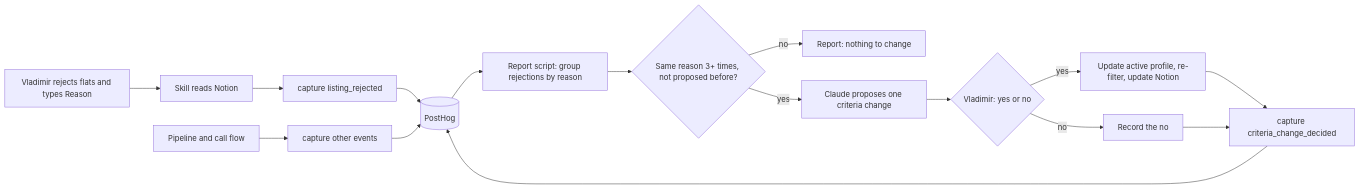
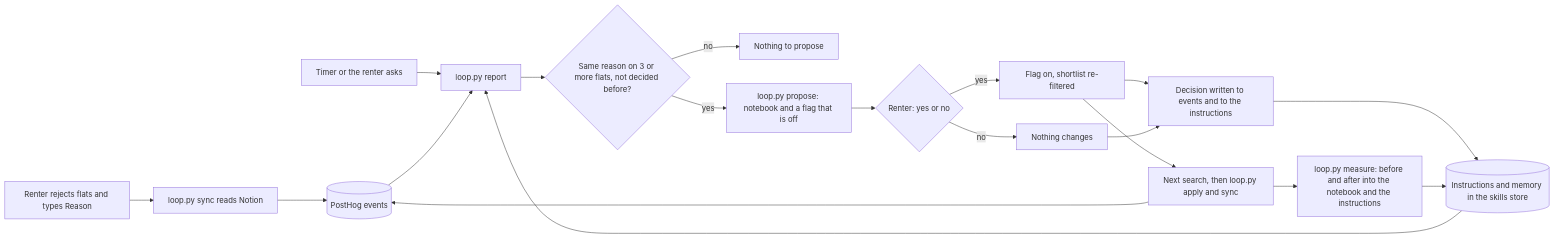
One commit to Skilux/domovoy changed the diagram in docs/prd/posthog.md. Above: the diagram before and after it, drawn with Mermaid. The commit also changed other lines of this file and 1 other file, not shown here.

First line of the commit message:
docs: summary of the self-improvement loop in the README and the PostHog PRD (#138)

````diff
--- a/docs/prd/posthog.md
+++ b/docs/prd/posthog.md
@@ -18,18 +37,21 @@
 ```mermaid
 flowchart LR
-  A[Vladimir rejects flats and types Reason] --> B[Skill reads Notion]
-  B --> C[capture listing_rejected]
-  P[Pipeline and call flow] --> C2[capture other events]
-  C --> PH[(PostHog)]
-  C2 --> PH
-  PH --> R[Report script: group rejections by reason]
-  R --> Q{Same reason 3+ times, not proposed before?}
-  Q -- no --> Z[Report: nothing to change]
-  Q -- yes --> S[Claude proposes one criteria change]
-  S --> V{Vladimir: yes or no}
-  V -- yes --> T[Update active profile, re-filter, update Notion]
-  V -- no --> W[Record the no]
-  T --> M[capture criteria_change_decided]
+  A[Renter rejects flats and types Reason] --> B[loop.py sync reads Notion]
+  B --> PH[(PostHog events)]
+  T[Timer or the renter asks] --> R[loop.py report]
+  PH --> R
+  SK[(Instructions and memory in the skills store)] --> R
+  R --> Q{Same reason on 3 or more flats, not decided before?}
+  Q -- no --> Z[Nothing to propose]
+  Q -- yes --> S[loop.py propose: notebook and a flag that is off]
+  S --> V{Renter: yes or no}
+  V -- yes --> D[Flag on, shortlist re-filtered]
+  V -- no --> W[Nothing changes]
+  D --> M[Decision written to events and to the instructions]
   W --> M
-  M --> PH
+  M --> SK
+  D --> N[Next search, then loop.py apply and sync]
+  N --> PH
+  N --> ME[loop.py measure: before and after into the notebook and the instructions]
+  ME --> SK
 ```
````
